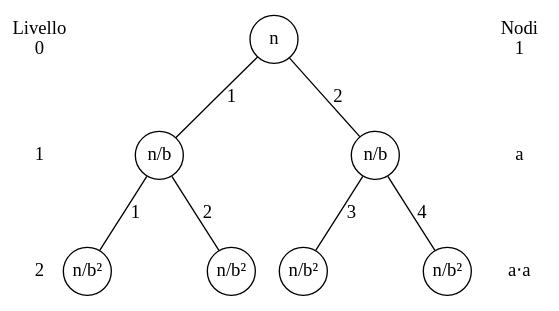
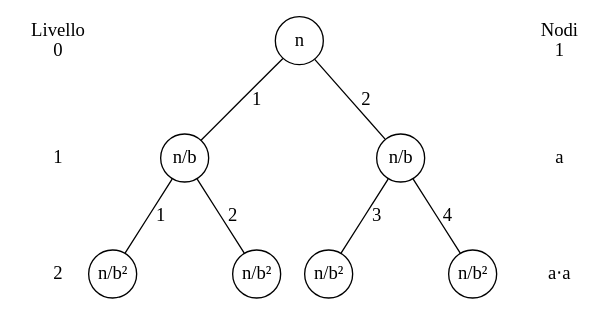
One commit to alek3y/cs changed the diagram in src/ct0371-1/01/03/README.md. Above: the diagram before and after it, drawn with Graphviz.

Commit message:
ct0371-1: Fix mdbook-dot warnings

````diff
--- a/src/ct0371-1/01/03/README.md
+++ b/src/ct0371-1/01/03/README.md
@@ -152,56 +152,64 @@
 ```dot process
 graph {
-	node [shape=circle width=0.5 fixedsize=true]
+	node [shape=circle]
 
 	{
 		rank=same
 		0 [shape=none label="Livello\n0"]
 		6 [shape=none label="Nodi\n1"]
-		a [label="n"]
+		a [label="n" width=0.5 fixedsize=true]
 	}
 
 	{
 		rank=same
 		1 [shape=plain]
 		7 [shape=plain label="a"]
 		3 [shape=point width=0]
-		b [label="n/b"]
-		c [label="n/b"]
+
+		{
+			node [width=0.5 fixedsize=true]
+			b [label="n/b"]
+			c [label="n/b"]
+		}
 	}
 
 	{
 		rank=same
 		2 [shape=plain]
 		8 [shape=plain label="a⋅a"]
 		4, 5 [shape=point width=0]
-		d [label="n/b²"]
-		e [label="n/b²"]
-		f [label="n/b²"]
-		g [label="n/b²"]
+
+		{
+			node [width=0.5 fixedsize=true]
+			d [label="n/b²"]
+			e [label="n/b²"]
+			f [label="n/b²"]
+			g [label="n/b²"]
+		}
 	}
 
 	a -- b [label="1"]
 	a -- c [label="2"]
 	b -- d [label="1"]
 	b -- e [label="2"]
 	c -- f [label="3"]
 	c -- g [label="4"]
 
 	{
 		edge [style=invis]
 
 		0 -- a -- 6
 		3 -- e, f
 		d -- 4 -- e
 		f -- 5 -- g
 		a -- 3 [weight=100]
 		b -- 4 [weight=100]
 		c -- 5 [weight=100]
 
 		c -- 7
 		g -- 8
 		0 -- 1 -- 2 [weight=50]
 		6 -- 7 -- 8 [weight=50]
 	}
 }
 ```
````
